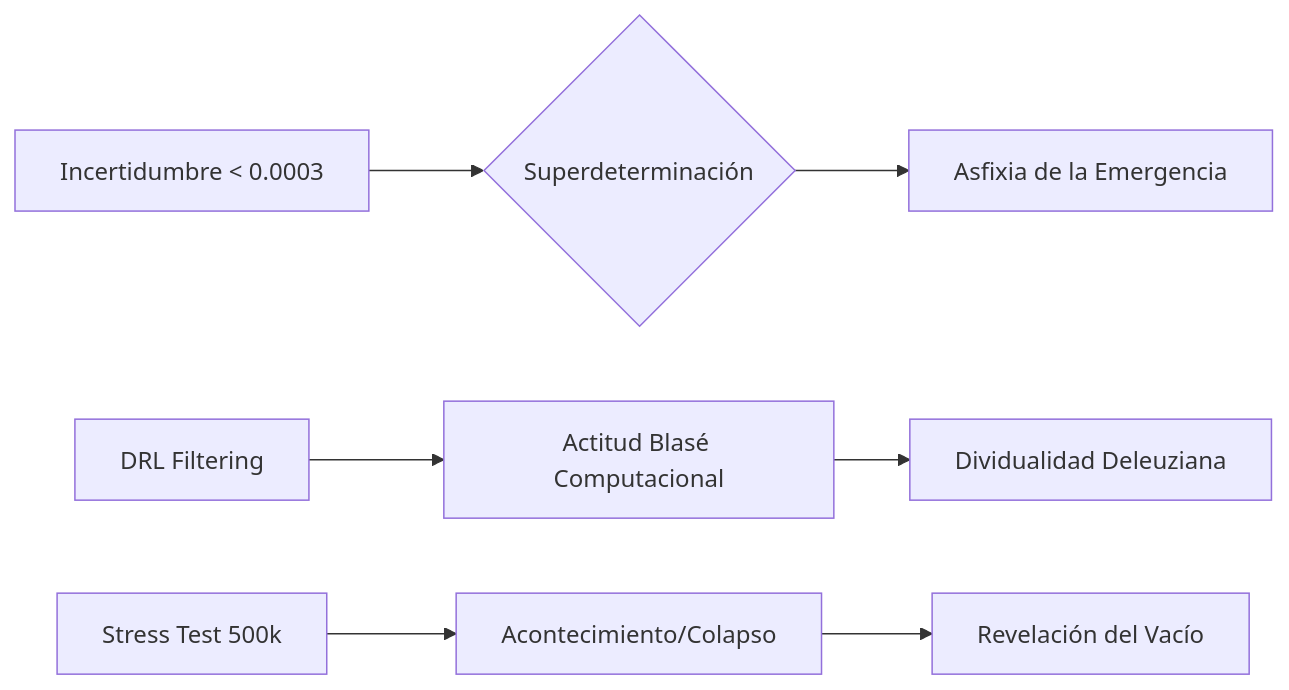
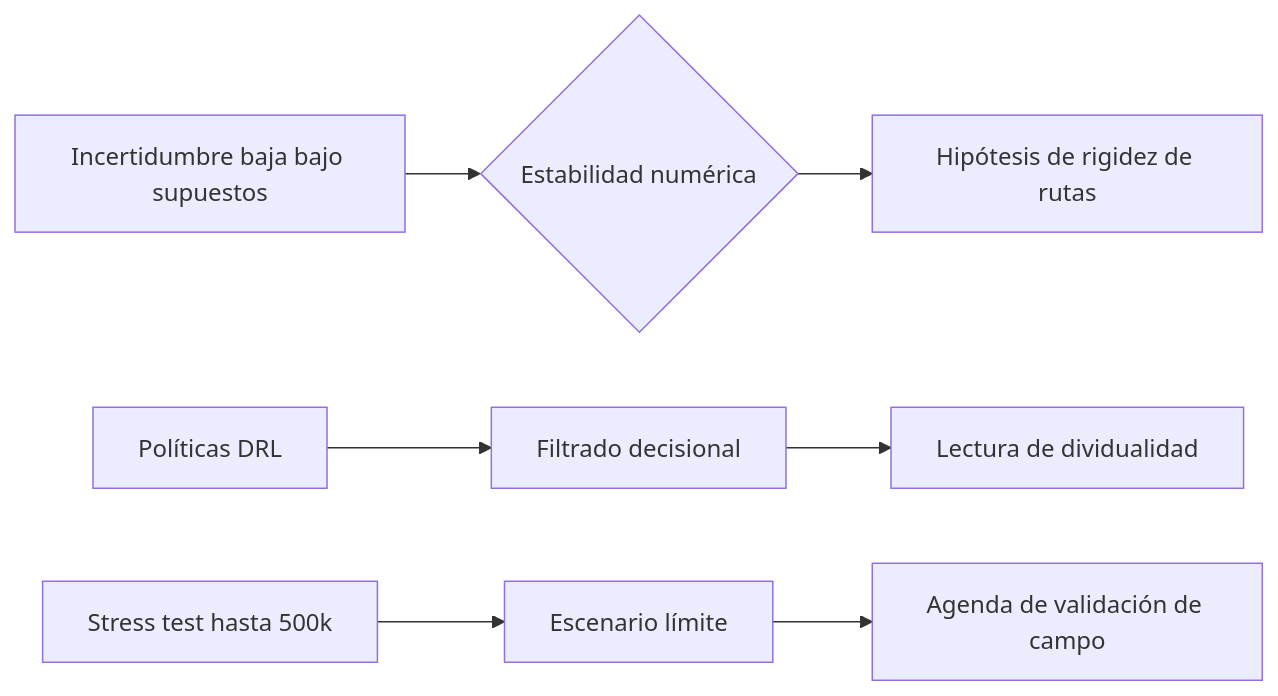
One commit to stevenvo780/FenomenologiaUrbana changed the diagram in tesis/03-resultados-y-analisis-de-turbulencia.md. Above: the diagram before and after it, drawn with Mermaid. The commit also changed other lines of this file and 17 other files, not shown here.

````diff
--- a/tesis/03-resultados-y-analisis-de-turbulencia.md
+++ b/tesis/03-resultados-y-analisis-de-turbulencia.md
@@ -29,9 +29,9 @@
 ```mermaid
 graph LR
-    A[Incertidumbre < 0.0003] --> B{Superdeterminación}
-    B --> C[Asfixia de la Emergencia]
-    D[DRL Filtering] --> E[Actitud Blasé Computacional]
-    E --> F[Dividualidad Deleuziana]
-    G[Stress Test 500k] --> H[Acontecimiento/Colapso]
-    H --> I[Revelación del Vacío]
+    A[Incertidumbre baja bajo supuestos] --> B{Estabilidad numérica}
+    B --> C[Hipótesis de rigidez de rutas]
+    D[Políticas DRL] --> E[Filtrado decisional]
+    E --> F[Lectura de dividualidad]
+    G[Stress test hasta 500k] --> H[Escenario límite]
+    H --> I[Agenda de validación de campo]
 ```
````
